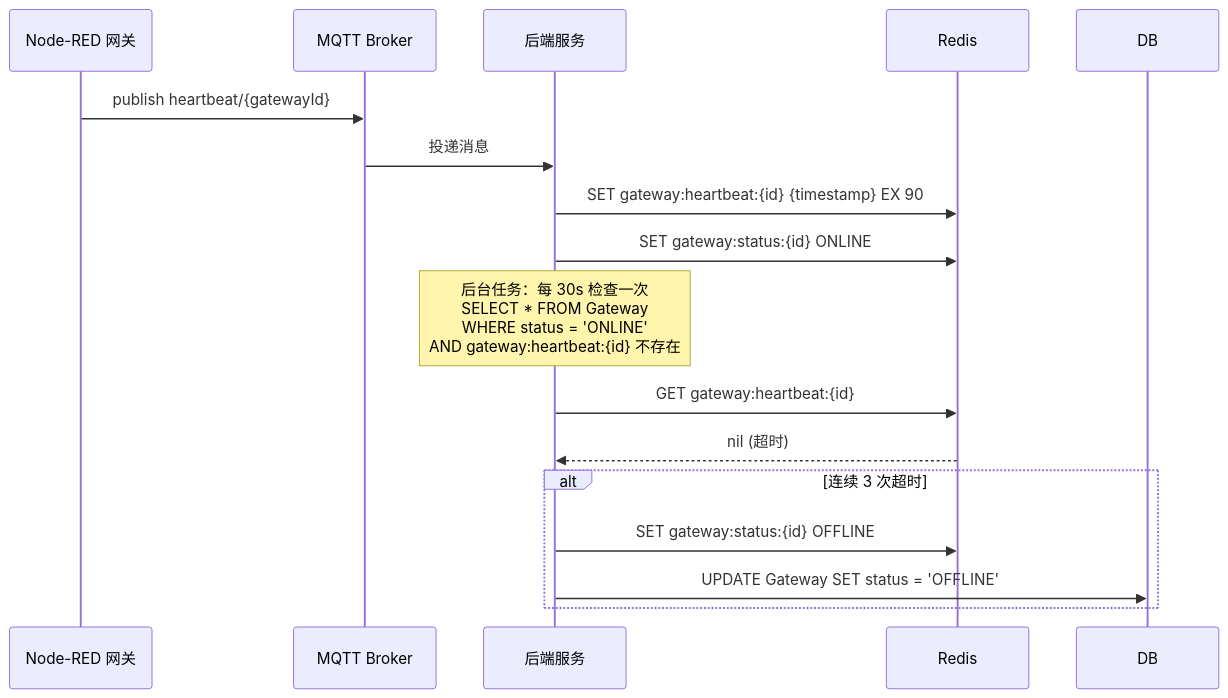
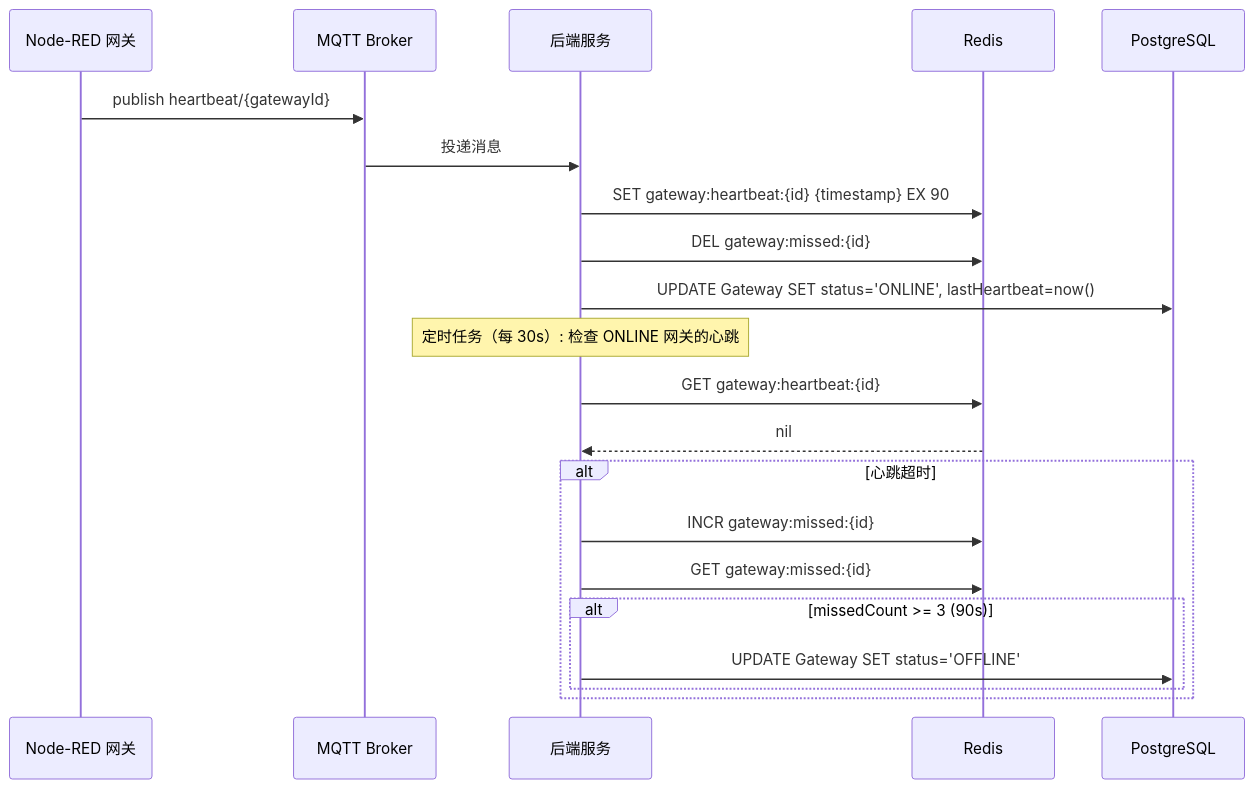
One commit to JusKyle/nodered-collect changed the diagram in specs/features/边缘网关管理_技术方案.md. Above: the diagram before and after it, drawn with Mermaid. The commit also changed other lines of this file and 3 other files, not shown here.

````diff
--- a/specs/features/边缘网关管理_技术方案.md
+++ b/specs/features/边缘网关管理_技术方案.md
@@ -246,22 +264,28 @@
 ```mermaid
 sequenceDiagram
     participant NodeRED as Node-RED 网关
     participant MQTT as MQTT Broker
     participant Backend as 后端服务
     participant Redis as Redis
+    participant DB as PostgreSQL
 
     NodeRED->>MQTT: publish heartbeat/{gatewayId}
     MQTT->>Backend: 投递消息
     Backend->>Redis: SET gateway:heartbeat:{id} {timestamp} EX 90
-    Backend->>Redis: SET gateway:status:{id} ONLINE
+    Backend->>Redis: DEL gateway:missed:{id}
+    Backend->>DB: UPDATE Gateway SET status='ONLINE', lastHeartbeat=now()
 
-    Note over Backend: 后台任务：每 30s 检查一次<br/>SELECT * FROM Gateway<br/>WHERE status = 'ONLINE'<br/>AND gateway:heartbeat:{id} 不存在
+    Note over Backend: 定时任务（每 30s）: 检查 ONLINE 网关的心跳
 
     Backend->>Redis: GET gateway:heartbeat:{id}
-    Redis-->>Backend: nil (超时)
+    Redis-->>Backend: nil
 
-    alt 连续 3 次超时
-        Backend->>Redis: SET gateway:status:{id} OFFLINE
-        Backend->>DB: UPDATE Gateway SET status = 'OFFLINE'
+    alt 心跳超时
+        Backend->>Redis: INCR gateway:missed:{id}
+        Backend->>Redis: GET gateway:missed:{id}
+
+        alt missedCount >= 3 (90s)
+            Backend->>DB: UPDATE Gateway SET status='OFFLINE'
+        end
     end
 ```
````
